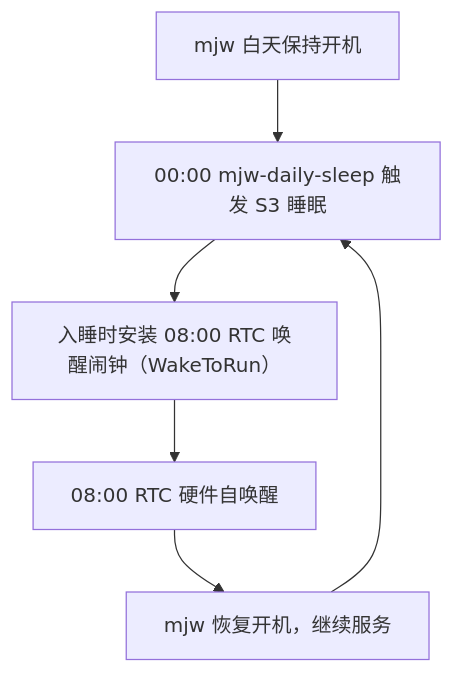
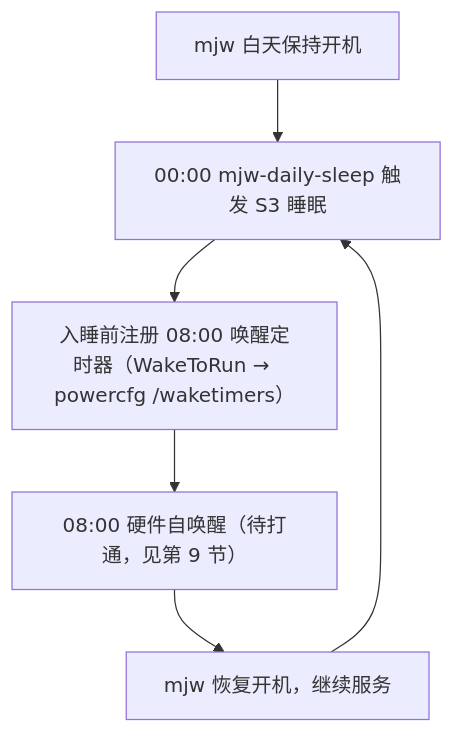
One commit to minjian123/basic-management-system changed the second of 2 diagrams in 文档/资料/开发服务器/windows/开发服务器Windows电源控制使用说明.md. Above: the diagram before and after it, drawn with Mermaid. The commit also changed other lines of this file, not shown here.

````diff
--- a/文档/资料/开发服务器/windows/开发服务器Windows电源控制使用说明.md
+++ b/文档/资料/开发服务器/windows/开发服务器Windows电源控制使用说明.md
@@ -240,8 +246,8 @@
 ```mermaid
 flowchart TD
     A["mjw 白天保持开机"] --> B["00:00 mjw-daily-sleep 触发 S3 睡眠"]
-    B --> C["入睡时安装 08:00 RTC 唤醒闹钟（WakeToRun）"]
-    C --> D["08:00 RTC 硬件自唤醒"]
+    B --> C["入睡前注册 08:00 唤醒定时器（WakeToRun → powercfg /waketimers）"]
+    C --> D["08:00 硬件自唤醒（待打通，见第 9 节）"]
     D --> E["mjw 恢复开机，继续服务"]
     E --> B
 ```
````
